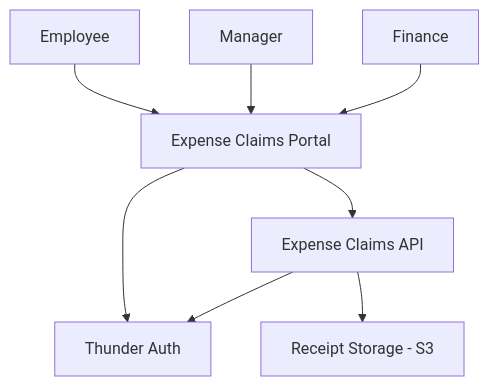
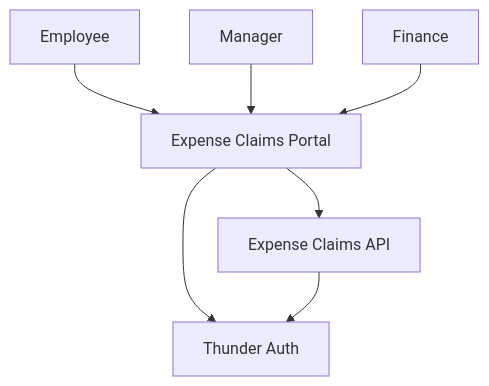
The first of 6 diagrams in specs/design/design.md (asdlc-repos/employees-submit-expense5721), drawn with Mermaid before and after one commit. The commit also changed other lines of this file and 3 other files, not shown here.

````diff
--- a/specs/design/design.md
+++ b/specs/design/design.md
@@ -17,18 +18,16 @@
 ```mermaid
 graph TD
   Employee[Employee]
   Manager[Manager]
   Finance[Finance]
   Portal[Expense Claims Portal]
   API[Expense Claims API]
   Thunder[Thunder Auth]
-  Storage[Receipt Storage - S3]
 
   Employee --> Portal
   Manager --> Portal
   Finance --> Portal
   Portal --> API
   Portal --> Thunder
   API --> Thunder
-  API --> Storage
 ```
````
